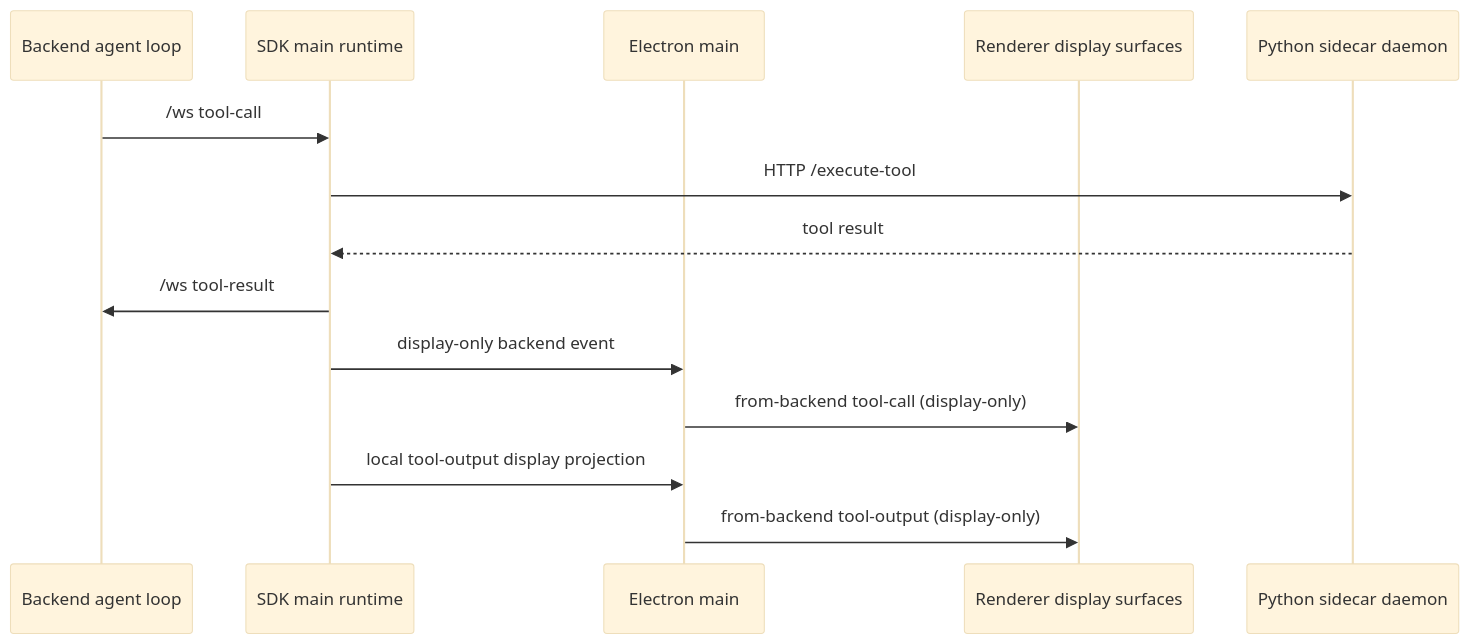
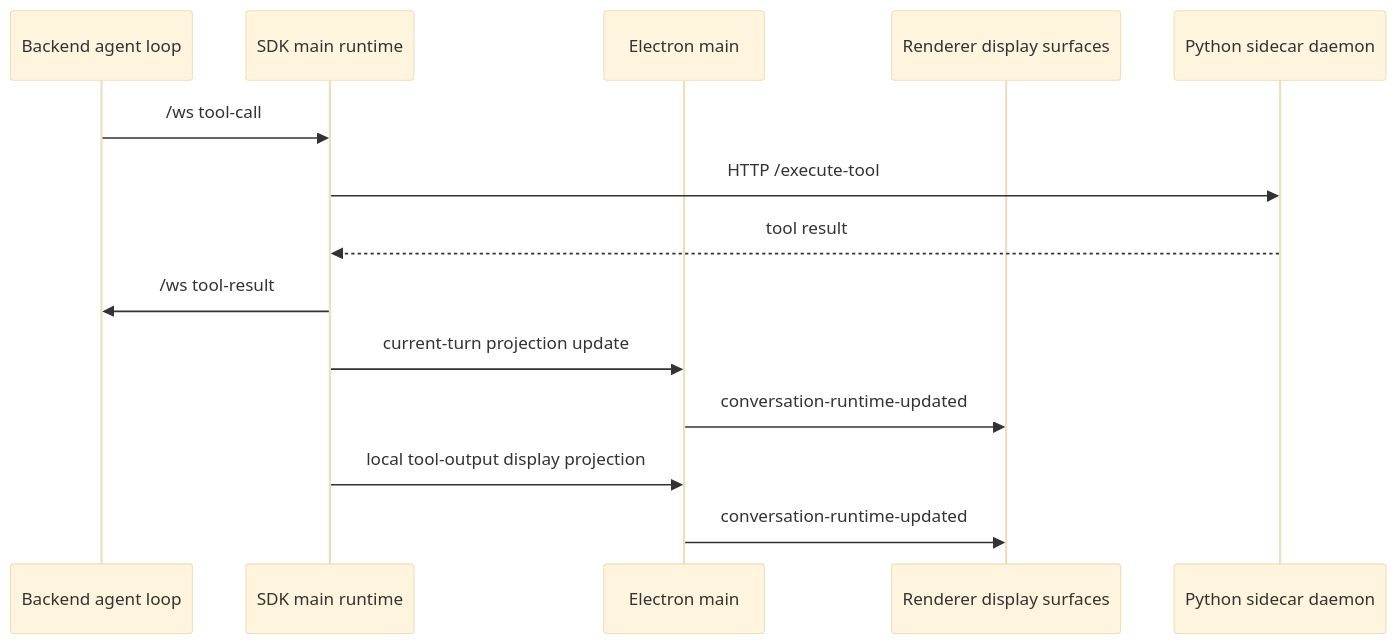
One commit to buiilding/My_Own_OpenClaw changed the diagram in docs/channels/sidecar_and_tool_channels.md. Above: the diagram before and after it, drawn with Mermaid (base theme). The commit also changed other lines of this file and 6 other files, not shown here.

````diff
--- a/docs/channels/sidecar_and_tool_channels.md
+++ b/docs/channels/sidecar_and_tool_channels.md
@@ -15,17 +15,17 @@
 ```mermaid
 sequenceDiagram
     participant Backend as Backend agent loop
     participant SDK as SDK main runtime
     participant Main as Electron main
     participant Renderer as Renderer display surfaces
     participant Sidecar as Python sidecar daemon
 
     Backend->>SDK: /ws tool-call
     SDK->>Sidecar: HTTP /execute-tool
     Sidecar-->>SDK: tool result
     SDK->>Backend: /ws tool-result
-    SDK->>Main: display-only backend event
-    Main->>Renderer: from-backend tool-call (display-only)
+    SDK->>Main: current-turn projection update
+    Main->>Renderer: conversation-runtime-updated
     SDK->>Main: local tool-output display projection
-    Main->>Renderer: from-backend tool-output (display-only)
+    Main->>Renderer: conversation-runtime-updated
 ```
````
